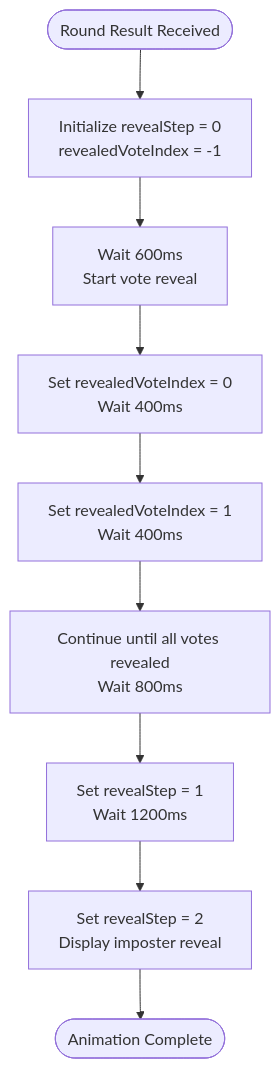
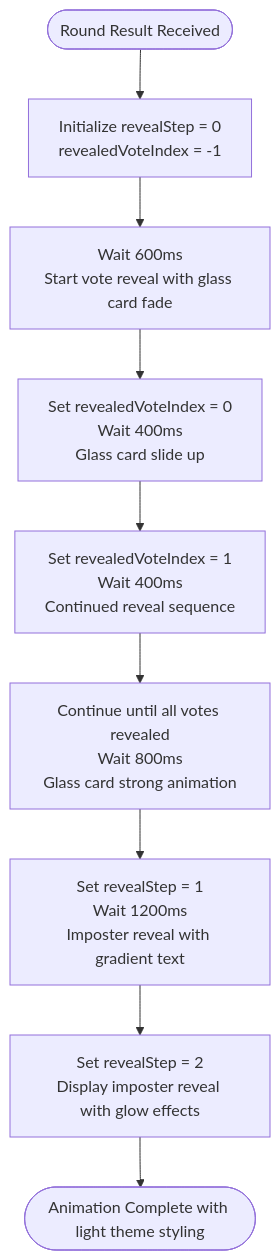
The fourth of 8 diagrams in .qoder/repowiki/en/content/Game Screens and UI Components/Results Screen.md (sparshgupta001/imposter_game), drawn with Mermaid before and after one commit. The commit also changed other lines of this file and 22 other files, not shown here.

````diff
--- a/.qoder/repowiki/en/content/Game Screens and UI Components/Results Screen.md
+++ b/.qoder/repowiki/en/content/Game Screens and UI Components/Results Screen.md
@@ -204,11 +227,11 @@
 ```mermaid
 flowchart TD
 Start([Round Result Received]) --> Init["Initialize revealStep = 0<br/>revealedVoteIndex = -1"]
-Init --> Delay1["Wait 600ms<br/>Start vote reveal"]
-Delay1 --> Step1["Set revealedVoteIndex = 0<br/>Wait 400ms"]
-Step1 --> Step2["Set revealedVoteIndex = 1<br/>Wait 400ms"]
-Step2 --> StepN["Continue until all votes revealed<br/>Wait 800ms"]
-StepN --> Step3["Set revealStep = 1<br/>Wait 1200ms"]
-Step3 --> Step4["Set revealStep = 2<br/>Display imposter reveal"]
-Step4 --> End([Animation Complete])
+Init --> Delay1["Wait 600ms<br/>Start vote reveal with glass card fade"]
+Delay1 --> Step1["Set revealedVoteIndex = 0<br/>Wait 400ms<br/>Glass card slide up"]
+Step1 --> Step2["Set revealedVoteIndex = 1<br/>Wait 400ms<br/>Continued reveal sequence"]
+Step2 --> StepN["Continue until all votes revealed<br/>Wait 800ms<br/>Glass card strong animation"]
+StepN --> Step3["Set revealStep = 1<br/>Wait 1200ms<br/>Imposter reveal with gradient text"]
+Step3 --> Step4["Set revealStep = 2<br/>Display imposter reveal with glow effects"]
+Step4 --> End([Animation Complete with light theme styling])
 ```
````
